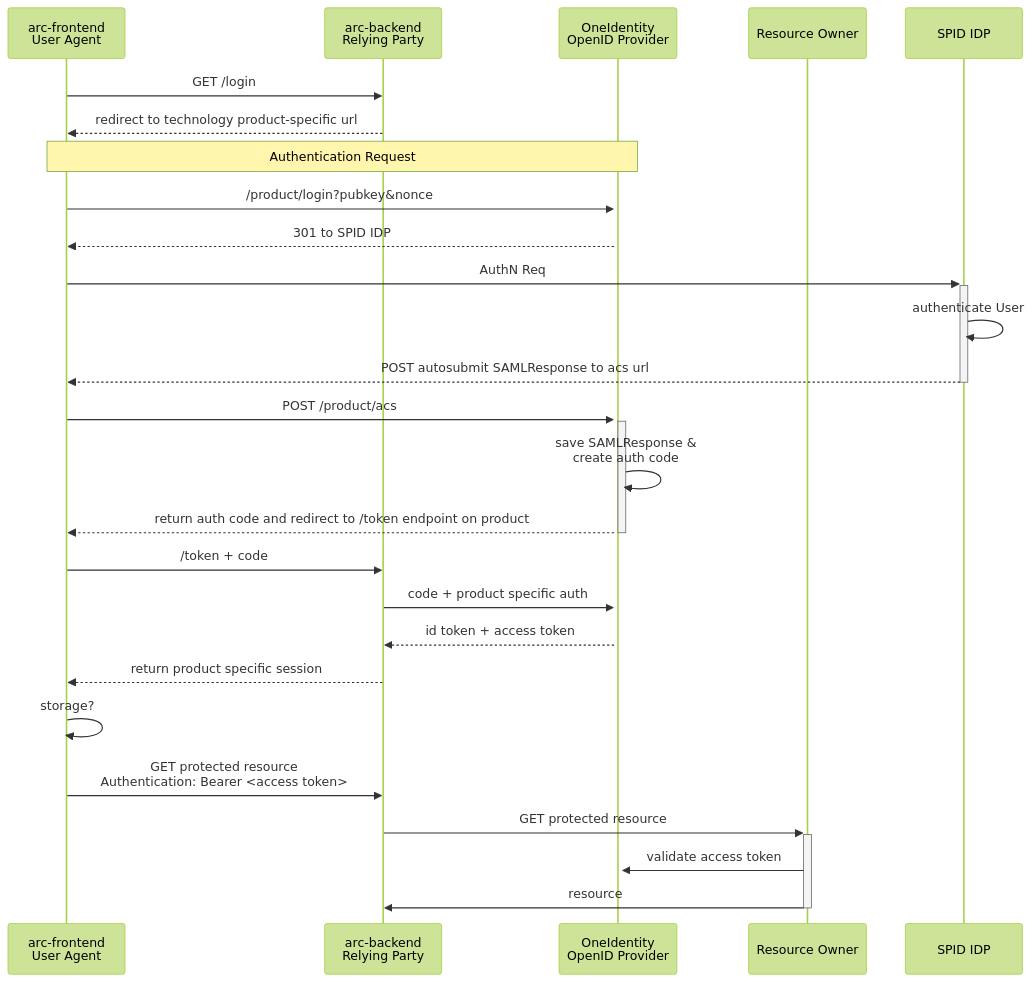
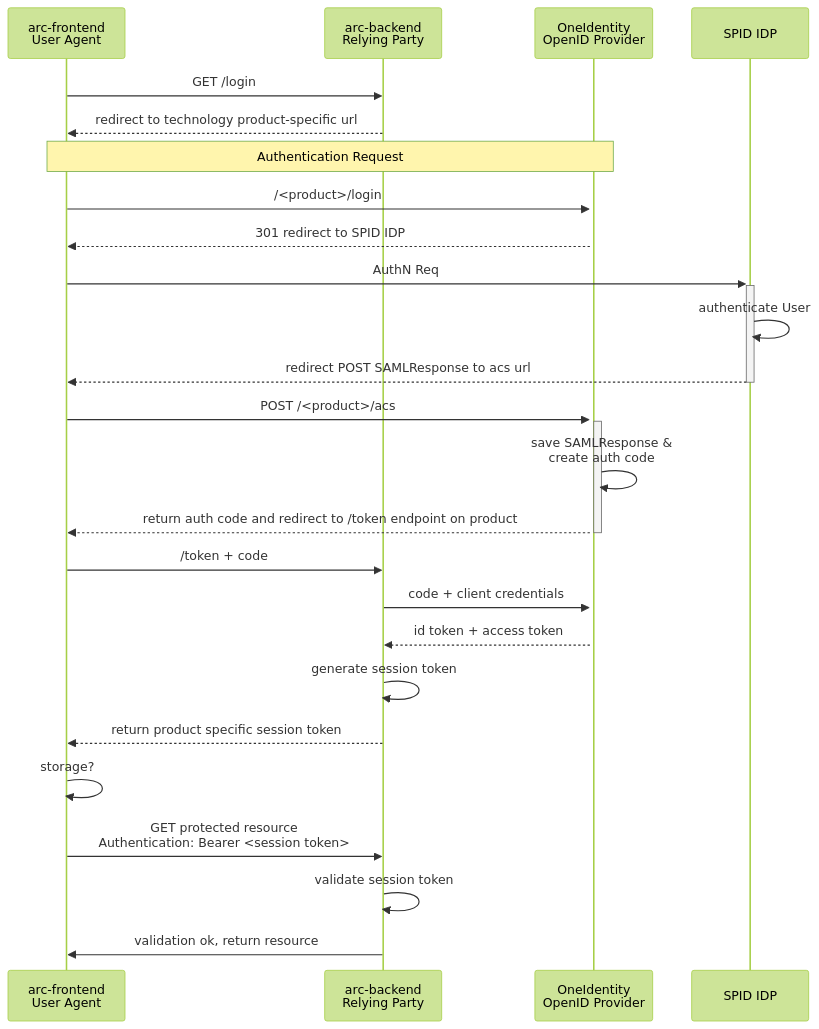
The diagram in design/auth/oneidentity.mmd (pagopa/p4pa-doc), drawn with Mermaid (forest theme) before and after one commit.

```diff
--- a/design/auth/oneidentity.mmd
+++ b/design/auth/oneidentity.mmd
@@ -1,26 +1,25 @@
 sequenceDiagram
     participant UA as arc-frontend<br>User Agent
     participant RP as arc-backend<br>Relying Party
     participant AS as OneIdentity<br>OpenID Provider
-    participant RO as Resource Owner
     participant IDP as SPID IDP
     UA->> RP: GET /login
     RP -->> UA: redirect to technology product-specific url
     Note over UA,AS: Authentication Request
-    UA ->>+ AS: /product/login?pubkey&nonce
-    AS -->> UA: 301 to SPID IDP
+    UA ->>+ AS: /<product>/login
+    AS -->> UA: 301 redirect to SPID IDP
     UA ->>+ IDP: AuthN Req
     IDP ->> IDP: authenticate User
-    IDP -->>- UA: POST autosubmit SAMLResponse to acs url
-    UA ->>+ AS: POST /product/acs
+    IDP -->>- UA: redirect POST SAMLResponse to acs url
+    UA ->>+ AS: POST /<product>/acs
     AS ->> AS: save SAMLResponse &<br> create auth code
     AS -->>- UA: return auth code and redirect to /token endpoint on product
     UA ->> RP: /token + code
-    RP ->> AS: code + product specific auth
+    RP ->> AS: code + client credentials
     AS -->> RP: id token + access token 
-    RP -->> UA: return product specific session
+    RP ->> RP: generate session token
+    RP -->> UA: return product specific session token
     UA ->> UA: storage?
-    UA ->> RP: GET protected resource<br>Authentication: Bearer <access token>
-    RP ->>+ RO: GET protected resource
-    RO ->> AS: validate access token
-    RO ->>- RP: resource
+    UA ->> RP: GET protected resource<br>Authentication: Bearer <session token>
+    RP ->> RP: validate session token
+    RP ->> UA: validation ok, return resource
```
